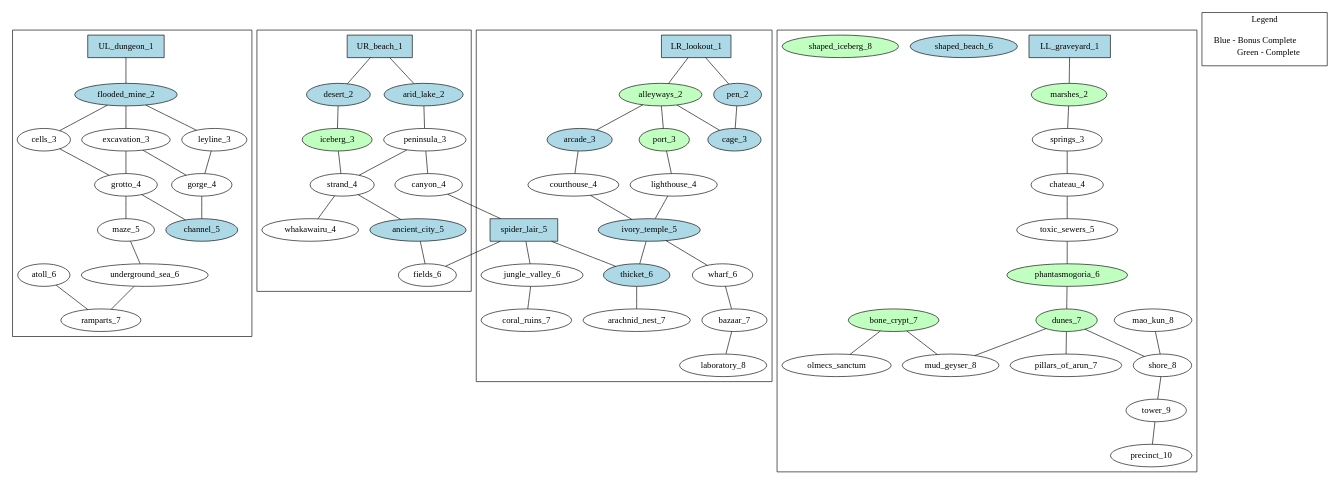
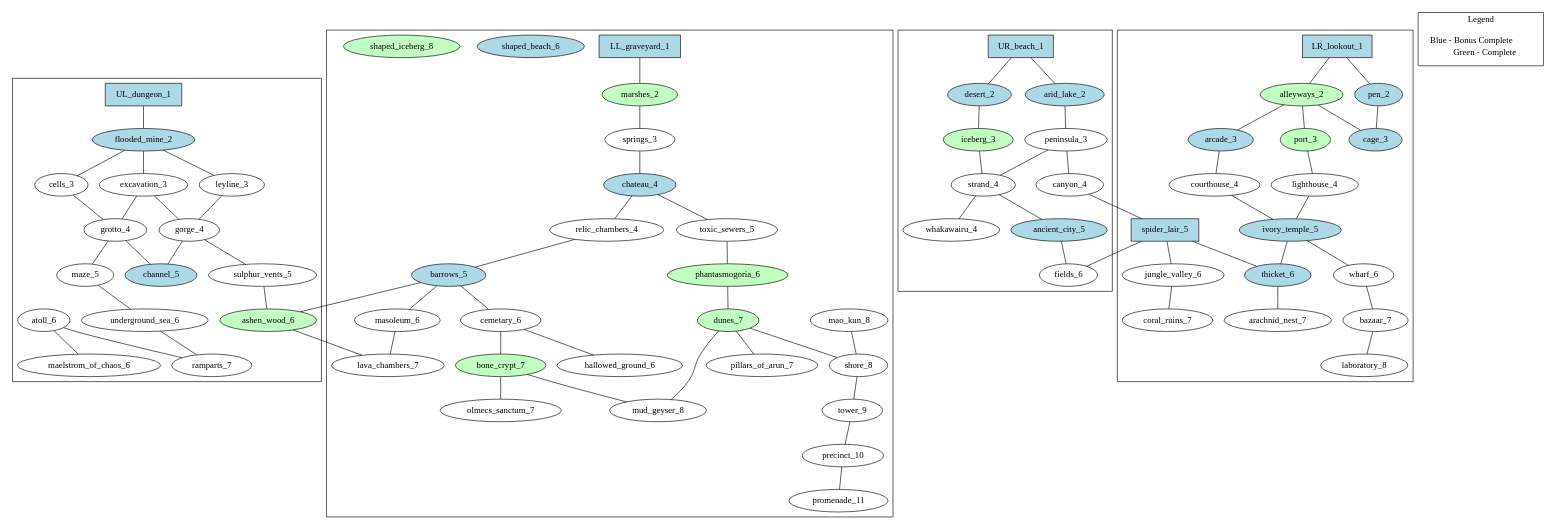
The diagram in atlas.dot (medined/poe-atlas-in-dot), drawn with Graphviz before and after one commit. The commit also changed 1 other file, not shown here.

```diff
--- a/atlas.dot
+++ b/atlas.dot
@@ -1,150 +1,173 @@
 graph {
   UL_dungeon_1 [shape=box, style=filled, fillcolor=lightblue];
   UR_beach_1  [shape=box, style=filled, fillcolor=lightblue];
   LL_graveyard_1 [shape=box, style=filled, fillcolor=lightblue];
   LR_lookout_1 [shape=box, style=filled, fillcolor=lightblue];
 
   alleyways_2 [style=filled, fillcolor=darkseagreen1];
   arid_lake_2 [style=filled, fillcolor=lightblue];
   desert_2 [style=filled, fillcolor=lightblue];
   flooded_mine_2 [style=filled, fillcolor=lightblue];
   marshes_2 [style=filled, fillcolor=darkseagreen1];
   pen_2 [style=filled, fillcolor=lightblue];
 
   arcade_3 [style=filled, fillcolor=lightblue];
   cage_3 [style=filled, fillcolor=lightblue];
   cells_3;
   excavation_3;
   iceberg_3 [style=filled, fillcolor=darkseagreen1];
   leyline_3;
   peninsula_3;
   port_3 [style=filled, fillcolor=darkseagreen1];
   springs_3;
 
   canyon_4;
-  chateau_4;
+  chateau_4 [style=filled, fillcolor=lightblue];
   courthouse_4;
   lighthouse_4;
   gorge_4;
   grotto_4;
+  relic_chambers_4;
   strand_4;
   whakawairu_4;
 
   ancient_city_5 [style=filled, fillcolor=lightblue];
+  barrows_5 [style=filled, fillcolor=lightblue];
   channel_5 [style=filled, fillcolor=lightblue];
   ivory_temple_5 [style=filled, fillcolor=lightblue];
   maze_5;
   spider_lair_5 [shape=box, style=filled, fillcolor=lightblue];
+  sulphur_vents_5;
   toxic_sewers_5;
 
+  ashen_wood_6 [style=filled, fillcolor=darkseagreen1];
   atoll_6;
+  cemetary_6;
   fields_6;
+  hallowed_ground_6;
   jungle_valley_6;
+  masoleum_6;
+  maelstrom_of_chaos_6;
   phantasmogoria_6 [style=filled, fillcolor=darkseagreen1];
   shaped_beach_6 [style=filled, fillcolor=lightblue];
   thicket_6 [style=filled, fillcolor=lightblue];
   underground_sea_6;
   wharf_6;
 
   arachnid_nest_7;
   bazaar_7;
   bone_crypt_7 [style=filled, fillcolor=darkseagreen1];
   coral_ruins_7;
   dunes_7 [style=filled, fillcolor=darkseagreen1];
+  lava_chambers_7;
+  olmecs_sanctum_7;
   pillars_of_arun_7;
   ramparts_7;
 
   laboratory_8;
   mao_kun_8;
   mud_geyser_8;
   shaped_iceberg_8 [style=filled, fillcolor=darkseagreen1];
   shore_8;
 
   tower_9;
 
   precinct_10;
 
-  olmecs_sanctum;
+  promenade_11;
 
   subgraph cluster_01 {
     node [shape=plaintext]
     label = "Legend";
     key [label=<<table border="0" cellpadding="2" cellspacing="0" cellborder="0">
       <tr><td align="right" port="i1">Blue - Bonus Complete</td></tr>
       <tr><td align="right" port="i2">Green - Complete</td></tr>
       </table>>]
   }
 
   subgraph cluster_02 {
     UL_dungeon_1 -- flooded_mine_2;
     flooded_mine_2 -- leyline_3;
     flooded_mine_2 -- excavation_3;
     flooded_mine_2 -- cells_3;
     cells_3 -- grotto_4;
     excavation_3 -- gorge_4;
     excavation_3 -- grotto_4;
     leyline_3 -- gorge_4;
     gorge_4 -- channel_5;
+    gorge_4 -- sulphur_vents_5;
     grotto_4 -- channel_5;
     grotto_4 -- maze_5;
     maze_5 -- underground_sea_6;
+    sulphur_vents_5 -- ashen_wood_6;
     atoll_6 -- ramparts_7;
+    atoll_6 -- maelstrom_of_chaos_6;
     underground_sea_6 -- ramparts_7;
   }
 
   subgraph cluster_03 {
     UR_beach_1 -- desert_2;
     UR_beach_1 -- arid_lake_2;
     arid_lake_2 -- peninsula_3;
     desert_2 -- iceberg_3;
     iceberg_3 -- strand_4;
     peninsula_3 -- canyon_4;
     peninsula_3 -- strand_4;
     strand_4 -- ancient_city_5;
     strand_4 -- whakawairu_4;
     ancient_city_5 -- fields_6;
   }
 
   subgraph cluster_04 {
     shaped_beach_6;
     shaped_iceberg_8;
     LL_graveyard_1 -- marshes_2;
     marshes_2 -- springs_3;
     springs_3 -- chateau_4;
+    chateau_4 -- relic_chambers_4;
     chateau_4 -- toxic_sewers_5;
+    relic_chambers_4 -- barrows_5;
+    barrows_5 -- ashen_wood_6;
+    barrows_5 -- cemetary_6;
+    barrows_5 -- masoleum_6;
     toxic_sewers_5 -- phantasmogoria_6;
+    ashen_wood_6 -- lava_chambers_7;
+    cemetary_6 -- bone_crypt_7;
+    cemetary_6 -- hallowed_ground_6;
+    masoleum_6 -- lava_chambers_7;
     phantasmogoria_6 -- dunes_7;
     dunes_7 -- mud_geyser_8;
     dunes_7 -- pillars_of_arun_7;
     dunes_7 -- shore_8;
     bone_crypt_7 -- mud_geyser_8;
-    bone_crypt_7 -- olmecs_sanctum;
+    bone_crypt_7 -- olmecs_sanctum_7;
     mao_kun_8 -- shore_8;
     shore_8 -- tower_9;
     tower_9 -- precinct_10;
+    precinct_10 -- promenade_11;
   }
 
   subgraph cluster_05 {
     LR_lookout_1 -- alleyways_2;
     LR_lookout_1 -- pen_2;
     alleyways_2 -- arcade_3;
     alleyways_2 -- cage_3;
     alleyways_2 -- port_3;
     pen_2 -- cage_3;
     arcade_3 -- courthouse_4;
     port_3 -- lighthouse_4;
     canyon_4 -- spider_lair_5;
     courthouse_4 -- ivory_temple_5;
     lighthouse_4 -- ivory_temple_5;
     ivory_temple_5 -- thicket_6;
     ivory_temple_5 -- wharf_6;
     spider_lair_5 -- fields_6;
     spider_lair_5 -- thicket_6;
     spider_lair_5 -- jungle_valley_6;
     jungle_valley_6 -- coral_ruins_7;
     thicket_6 -- arachnid_nest_7;
     wharf_6 -- bazaar_7;
     bazaar_7 -- laboratory_8;
   }
 
 }
```
